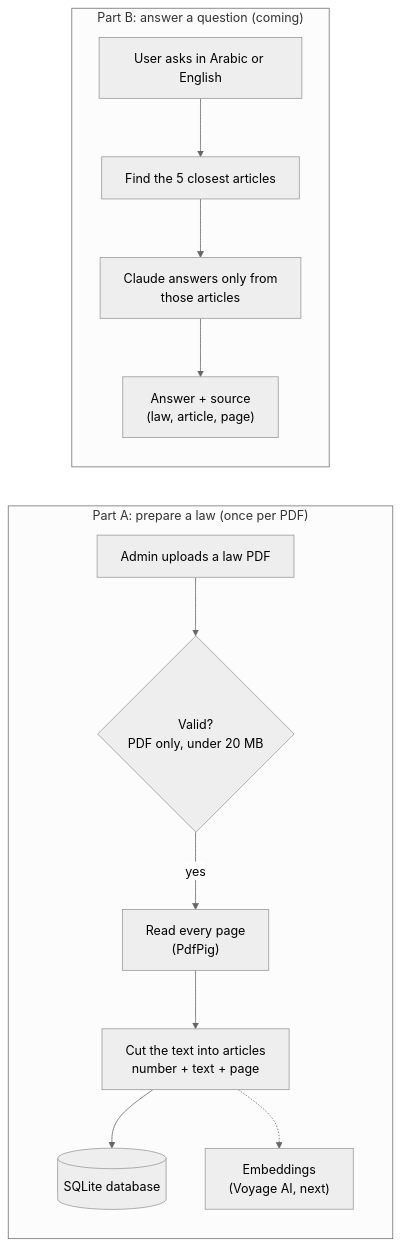
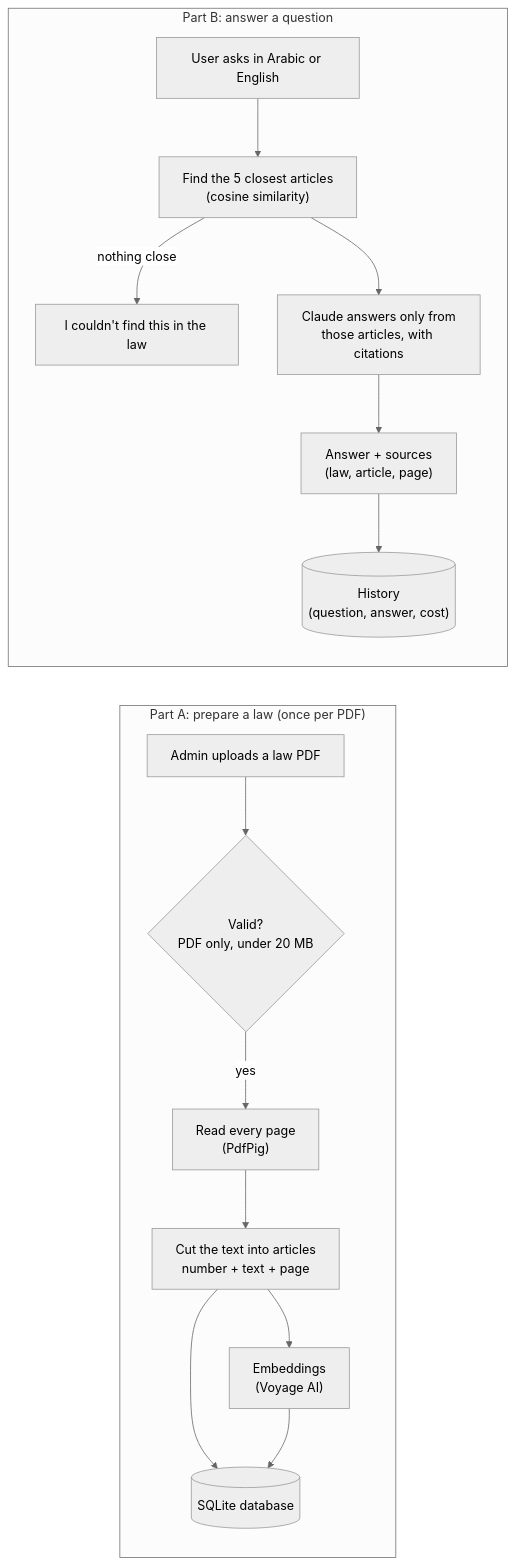
One commit to AliYasser1230/labor-law-assistant changed the diagram in README.md. Above: the diagram before and after it, drawn with Mermaid (neutral theme). The commit also changed other lines of this file and 61 other files, not shown here.

First line of the commit message:
Add embeddings, semantic search and answers with citations (MVP)

````diff
--- a/README.md
+++ b/README.md
@@ -37,15 +42,18 @@
 ```mermaid
 flowchart LR
     subgraph A["Part A: prepare a law (once per PDF)"]
         A1["Admin uploads a law PDF"] --> A2{"Valid?<br/>PDF only, under 20 MB"}
         A2 -- yes --> A3["Read every page<br/>(PdfPig)"]
         A3 --> A4["Cut the text into articles<br/>number + text + page"]
         A4 --> A5[("SQLite database")]
-        A4 -.-> A6["Embeddings<br/>(Voyage AI, next)"]
+        A4 --> A6["Embeddings<br/>(Voyage AI)"]
+        A6 --> A5
     end
-    subgraph B["Part B: answer a question (coming)"]
-        B1["User asks in Arabic or English"] --> B2["Find the 5 closest articles"]
-        B2 --> B3["Claude answers only from<br/>those articles"]
-        B3 --> B4["Answer + source<br/>(law, article, page)"]
+    subgraph B["Part B: answer a question"]
+        B1["User asks in Arabic or English"] --> B2["Find the 5 closest articles<br/>(cosine similarity)"]
+        B2 -- "nothing close" --> B5["I couldn't find this in the law"]
+        B2 --> B3["Claude answers only from<br/>those articles, with citations"]
+        B3 --> B4["Answer + sources<br/>(law, article, page)"]
+        B4 --> B6[("History<br/>(question, answer, cost)")]
     end
 ```
````
